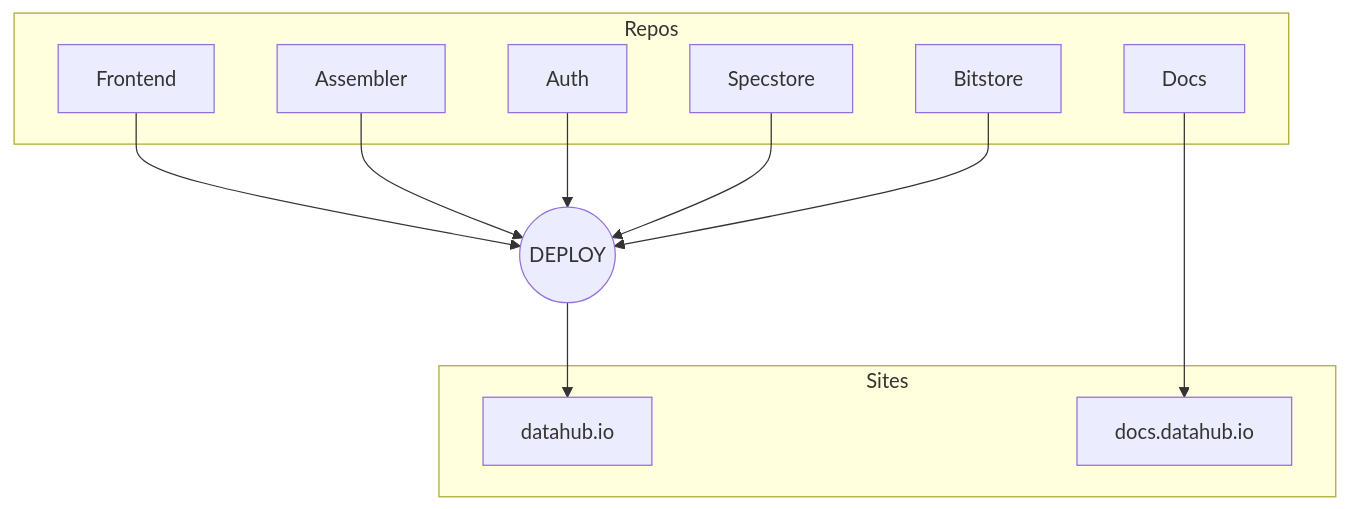
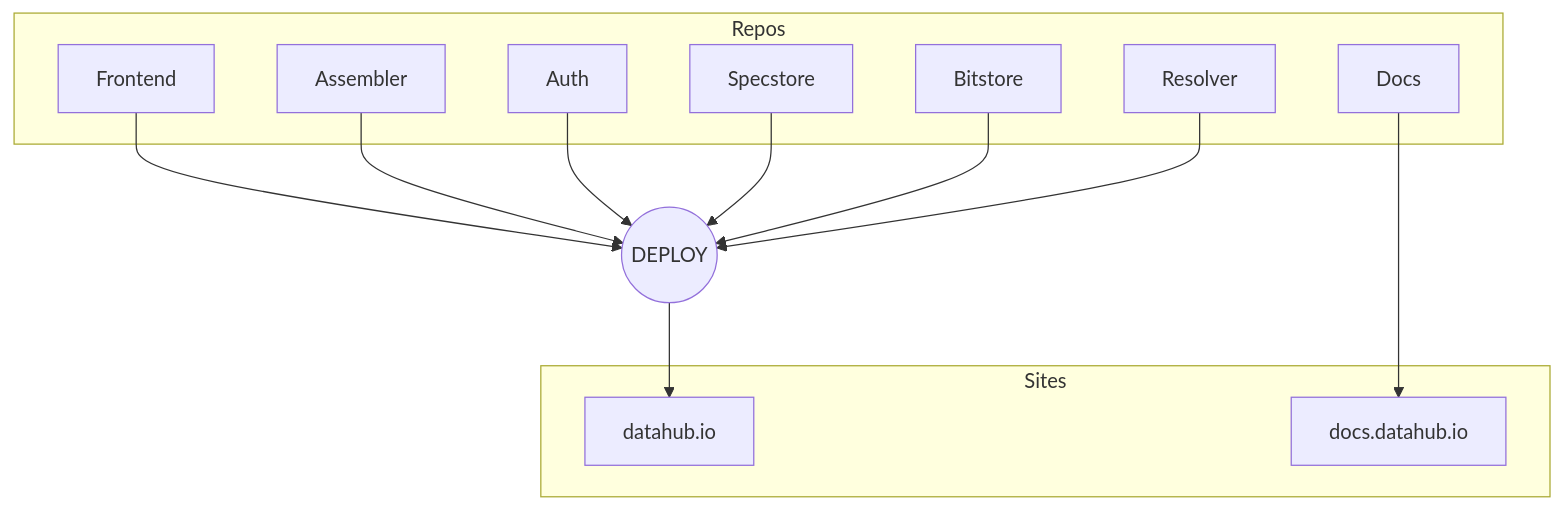
Before and after one commit to datopian/datahub-docs-tech: the diagram in docs/developers/index.md, drawn with Mermaid. The commit also changed other lines of this file, not shown here.

```diff
--- a/docs/developers/index.md
+++ b/docs/developers/index.md
@@ -26,27 +30,29 @@
 <div class="mermaid">
 graph TD
 
 subgraph Repos
   frontend[Frontend]
   assembler[Assembler]
   auth[Auth]
   specstore[Specstore]
   bitstore[Bitstore]
+  resolver[Resolver]
   docs[Docs]
 end
 
 subgraph Sites
   dhio[datahub.io]
   dhdocs[docs.datahub.io]
   docs --> dhdocs
 end
 
 deploy((DEPLOY))
 deploy --> dhio
 frontend --> deploy
 assembler --> deploy
 auth --> deploy
 specstore --> deploy
 bitstore --> deploy
+resolver --> deploy
 
 </div>
```
